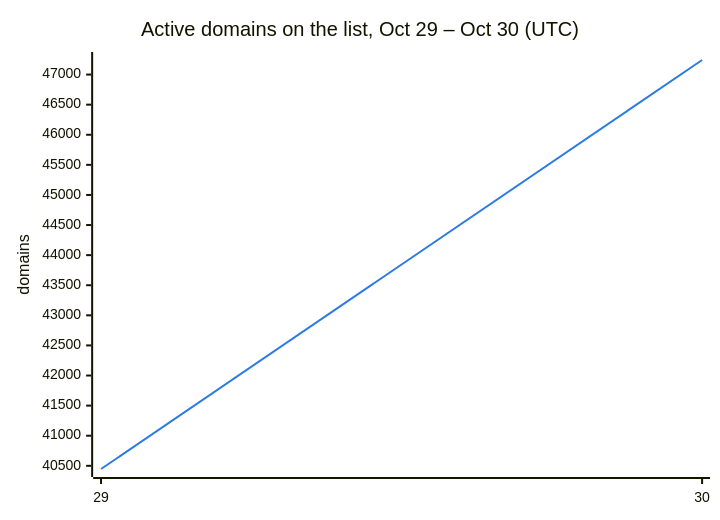
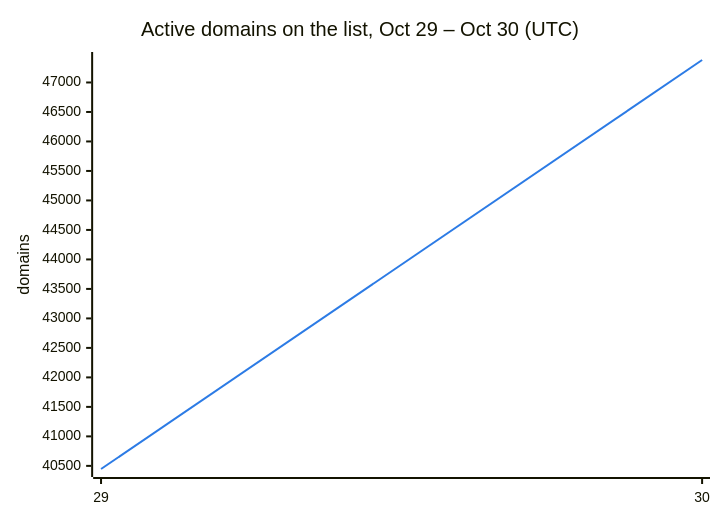
The second of 3 diagrams in README.md (DNSBunker/CTI), drawn with Mermaid before and after one commit. The commit also changed other lines of this file and 3 other files, not shown here.

````diff
--- a/README.md
+++ b/README.md
@@ -38,8 +38,8 @@
 ```mermaid
 %%{init: {"themeVariables": {"xyChart": {"plotColorPalette": "#2c7be5"}}}}%%
 xychart-beta
     title "Active domains on the list, Oct 29 – Oct 30 (UTC)"
     x-axis ["29", "30"]
     y-axis "domains"
-    line [40447, 47242]
+    line [40447, 47381]
 ```
````
